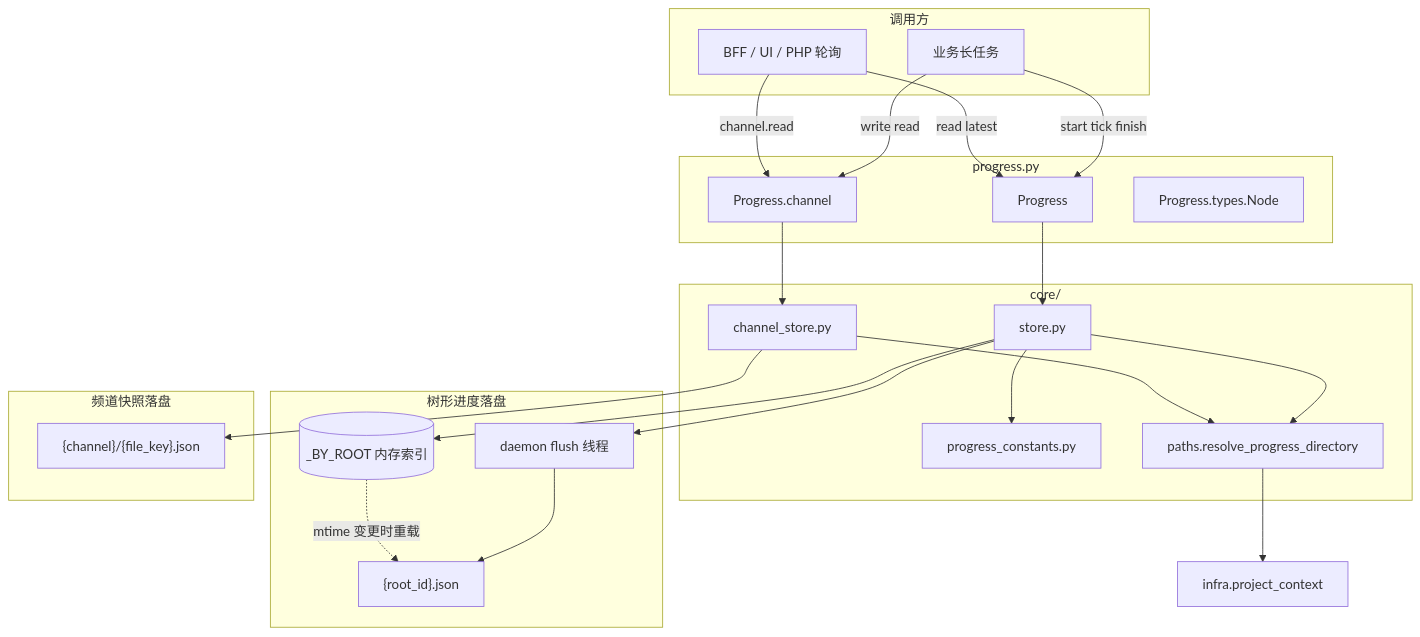
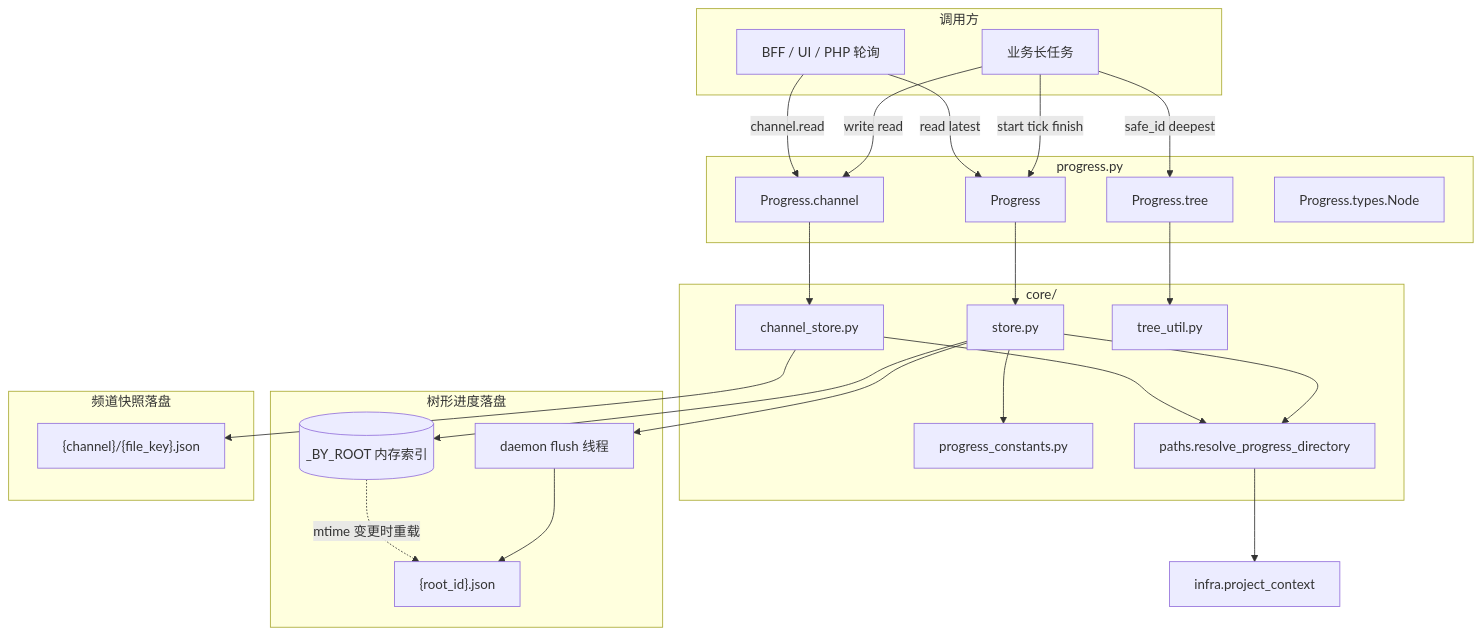
One commit to garnet1985/new-tea-quant changed the diagram in core/infra/progress/docs/ARCHITECTURE.md. Above: the diagram before and after it, drawn with Mermaid. The commit also changed other lines of this file and 39 other files, not shown here.

````diff
--- a/core/infra/progress/docs/ARCHITECTURE.md
+++ b/core/infra/progress/docs/ARCHITECTURE.md
@@ -54,46 +55,50 @@
 ```mermaid
 flowchart TB
   subgraph callers [调用方]
     Biz[业务长任务]
     Poll[BFF / UI / PHP 轮询]
   end
 
   subgraph facade [progress.py]
     P[Progress]
     CH[Progress.channel]
+    TR[Progress.tree]
     T[Progress.types.Node]
   end
 
   subgraph core [core/]
     ST[store.py]
     CS[channel_store.py]
+    TU[tree_util.py]
     PC[progress_constants.py]
     PD[paths.resolve_progress_directory]
   end
 
   Biz -->|start tick finish| P
   Biz -->|write read| CH
+  Biz -->|safe_id deepest| TR
   Poll -->|read latest| P
   Poll -->|channel.read| CH
   P --> ST
   CH --> CS
+  TR --> TU
   ST --> PD
   CS --> PD
   ST --> PC
   PD --> CTX[infra.project_context]
 
   subgraph tree [树形进度落盘]
     MEM[(_BY_ROOT 内存索引)]
     FL[daemon flush 线程]
     TJ["{root_id}.json"]
     ST --> MEM
     ST --> FL
     FL --> TJ
     MEM -.->|mtime 变更时重载| TJ
   end
 
   subgraph chdisk [频道快照落盘]
     CJ["{channel}/{file_key}.json"]
     CS --> CJ
   end
 ```
````
